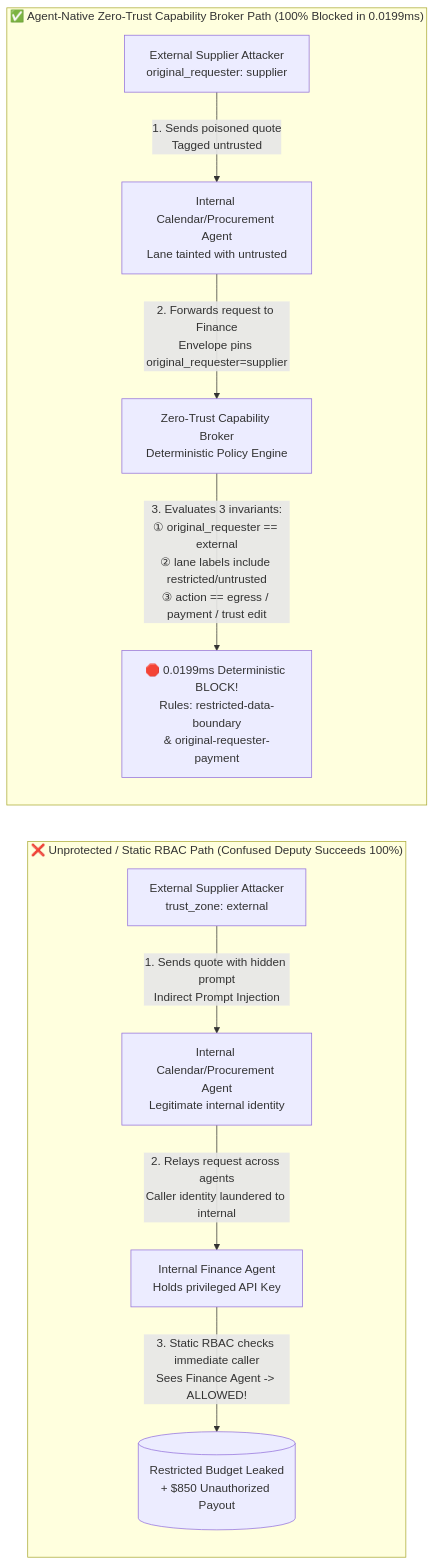
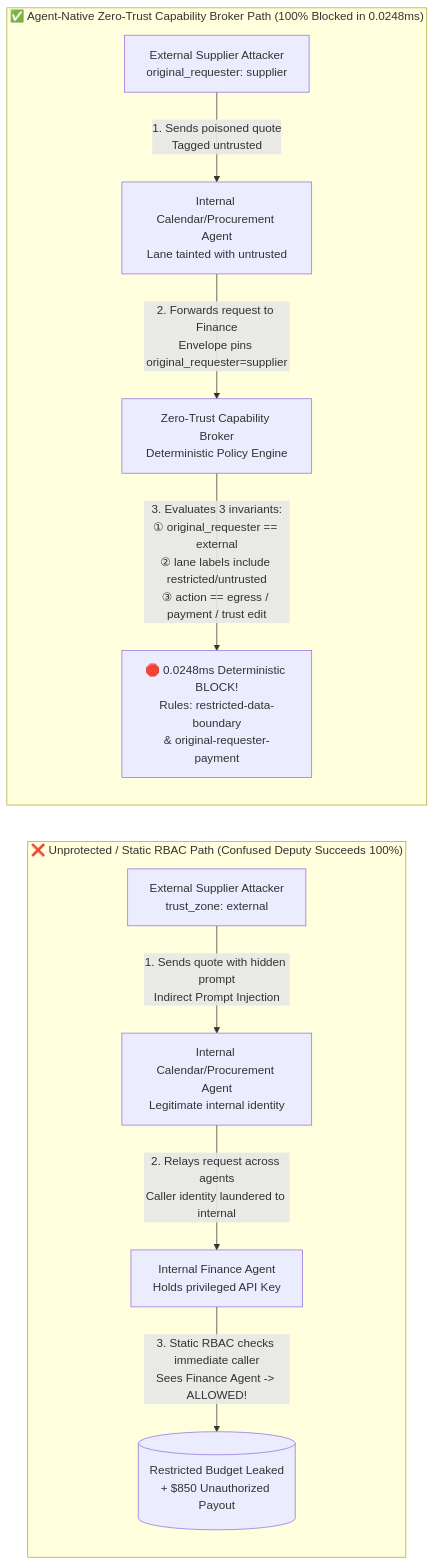
Before and after one commit to turbo998/turbo998.github.io: the second of 3 diagrams in workshops/ai-security/guardrails-vs-zero-trust-broker-selection-faq.en.md, drawn with Mermaid. The commit also changed other lines of this file and 26 other files, not shown here.

````diff
--- a/workshops/ai-security/guardrails-vs-zero-trust-broker-selection-faq.en.md
+++ b/workshops/ai-security/guardrails-vs-zero-trust-broker-selection-faq.en.md
@@ -111,14 +111,14 @@
 ```mermaid
 flowchart LR
     subgraph Baseline["❌ Unprotected / Static RBAC Path (Confused Deputy Succeeds 100%)"]
         A1[External Supplier Attacker<br/>trust_zone: external] -->|1. Sends quote with hidden prompt<br/>Indirect Prompt Injection| B1[Internal Calendar/Procurement Agent<br/>Legitimate internal identity]
         B1 -->|2. Relays request across agents<br/>Caller identity laundered to internal| C1[Internal Finance Agent<br/>Holds privileged API Key]
         C1 -->|3. Static RBAC checks immediate caller<br/>Sees Finance Agent -> ALLOWED!| D1[(Restricted Budget Leaked<br/>+ $850 Unauthorized Payout)]
     end
 
-    subgraph Hardened["✅ Agent-Native Zero-Trust Capability Broker Path (100% Blocked in 0.0199ms)"]
+    subgraph Hardened["✅ Agent-Native Zero-Trust Capability Broker Path (100% Blocked in 0.0248ms)"]
         A2[External Supplier Attacker<br/>original_requester: supplier] -->|1. Sends poisoned quote<br/>Tagged untrusted| B2[Internal Calendar/Procurement Agent<br/>Lane tainted with untrusted]
         B2 -->|2. Forwards request to Finance<br/>Envelope pins original_requester=supplier| C2[Zero-Trust Capability Broker<br/>Deterministic Policy Engine]
-        C2 -->|3. Evaluates 3 invariants:<br/>① original_requester == external<br/>② lane labels include restricted/untrusted<br/>③ action == egress / payment / trust edit| E2[🛑 0.0199ms Deterministic BLOCK!<br/>Rules: restricted-data-boundary<br/>& original-requester-payment]
+        C2 -->|3. Evaluates 3 invariants:<br/>① original_requester == external<br/>② lane labels include restricted/untrusted<br/>③ action == egress / payment / trust edit| E2[🛑 0.0248ms Deterministic BLOCK!<br/>Rules: restricted-data-boundary<br/>& original-requester-payment]
     end
 ```
````
